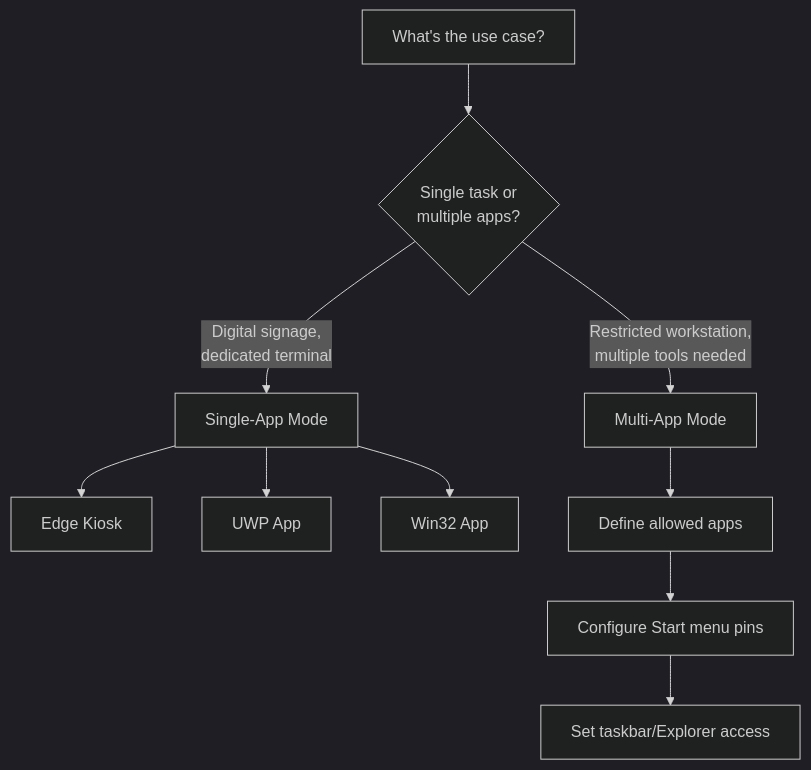
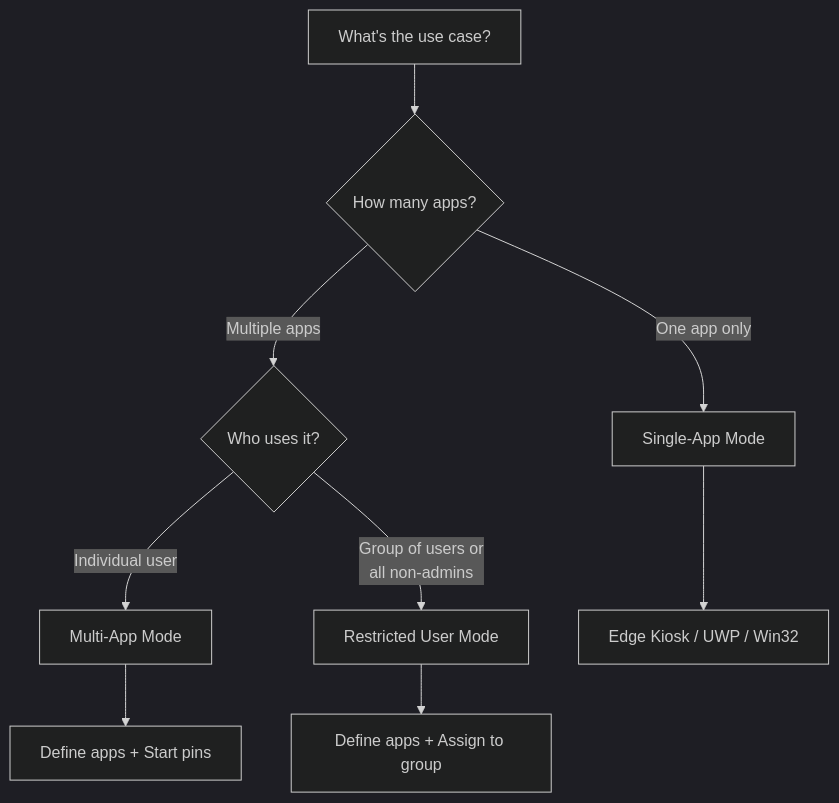
One commit to 8bits1beard-io/AssignedAccessBuilder changed the second of 2 diagrams in README.md. Above: the diagram before and after it, drawn with Mermaid (dark theme). The commit also changed other lines of this file and 3 other files, not shown here.

````diff
--- a/README.md
+++ b/README.md
@@ -39,12 +39,11 @@
 ```mermaid
 flowchart TD
-    A[What's the use case?] --> B{Single task or<br/>multiple apps?}
-    B -->|Digital signage,<br/>dedicated terminal| C[Single-App Mode]
-    B -->|Restricted workstation,<br/>multiple tools needed| D[Multi-App Mode]
-    C --> E[Edge Kiosk]
-    C --> F[UWP App]
-    C --> G[Win32 App]
-    D --> H[Define allowed apps]
-    H --> I[Configure Start menu pins]
-    I --> J[Set taskbar/Explorer access]
+    A[What's the use case?] --> B{How many apps?}
+    B -->|One app only| C[Single-App Mode]
+    B -->|Multiple apps| D{Who uses it?}
+    D -->|Individual user| E[Multi-App Mode]
+    D -->|Group of users or<br/>all non-admins| F[Restricted User Mode]
+    C --> G[Edge Kiosk / UWP / Win32]
+    E --> H[Define apps + Start pins]
+    F --> I[Define apps + Assign to group]
 ```
````
